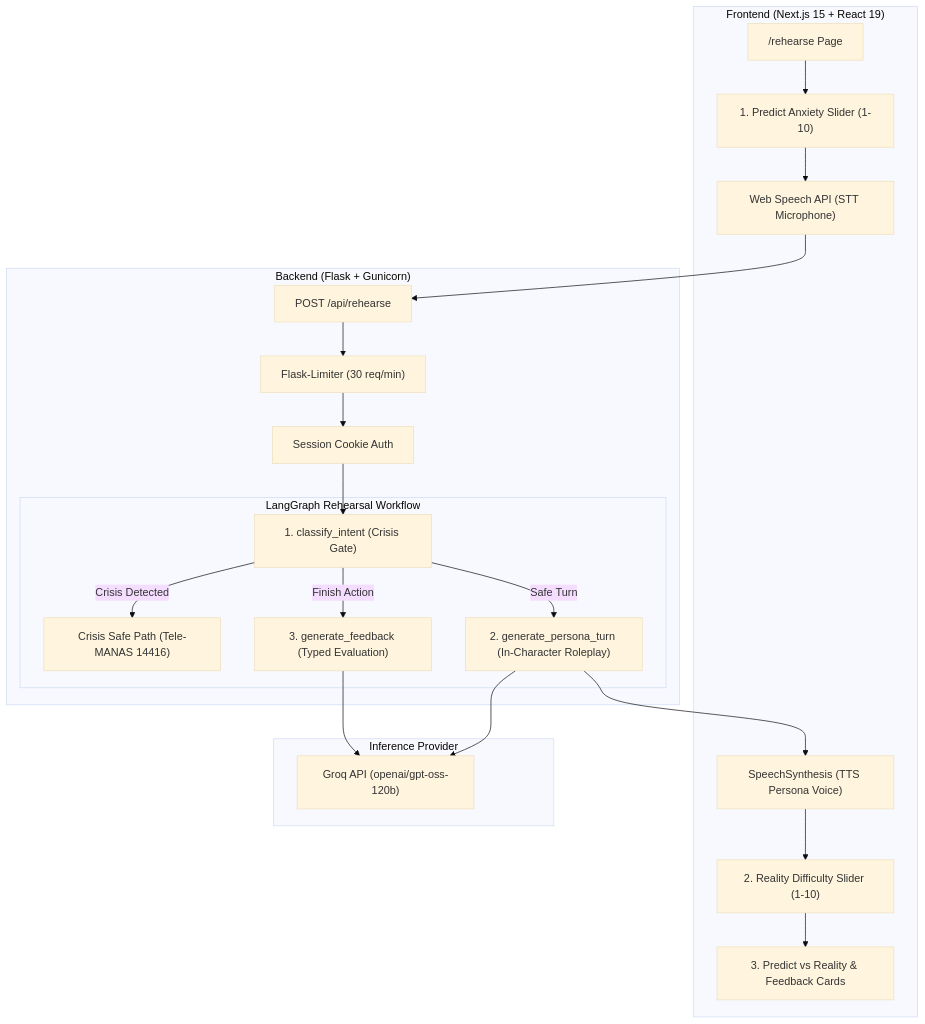
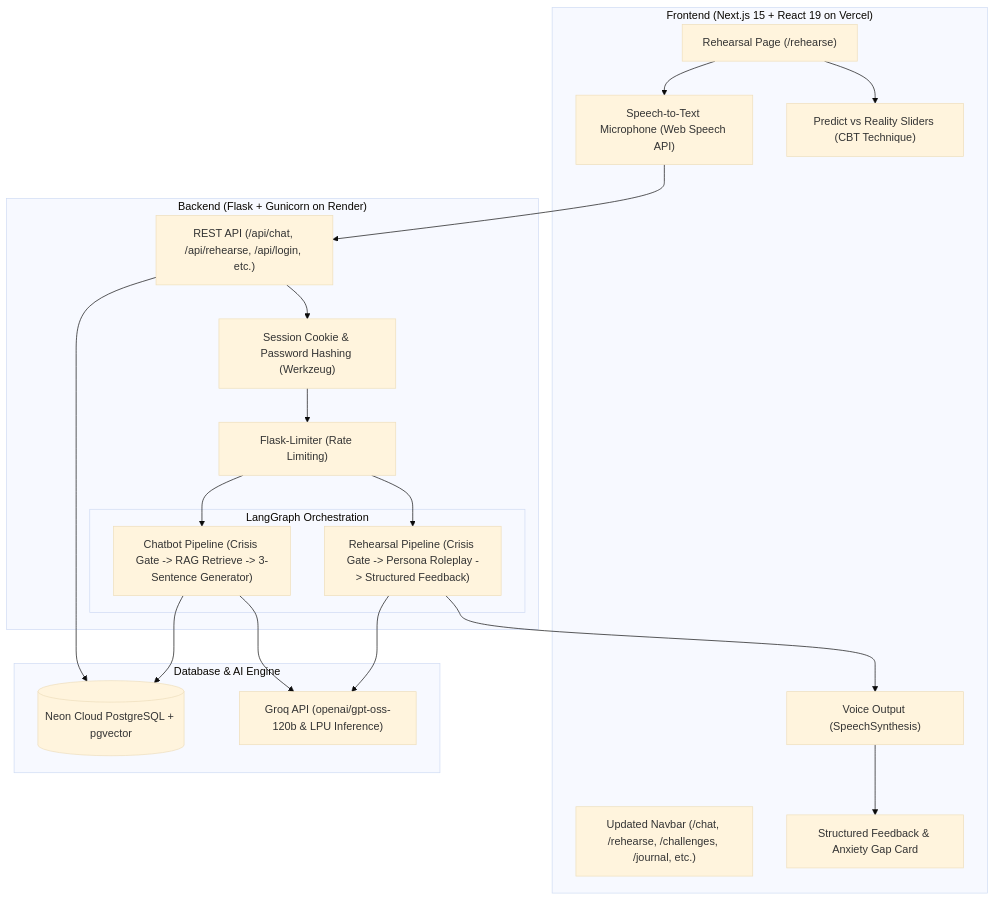
One commit to heena-jindal/VibeVerse changed the diagram in CHANGES_DOCUMENTATION.md. Above: the diagram before and after it, drawn with Mermaid (base theme). The commit also changed other lines of this file, not shown here.

````diff
--- a/CHANGES_DOCUMENTATION.md
+++ b/CHANGES_DOCUMENTATION.md
@@ -25,41 +29,40 @@
 ```mermaid
 flowchart TD
-    subgraph Client ["Frontend (Next.js 15 + React 19)"]
-        UI["/rehearse Page"]
-        Mic["Web Speech API (STT Microphone)"]
-        Speaker["SpeechSynthesis (TTS Persona Voice)"]
-        PredictSlider["1. Predict Anxiety Slider (1-10)"]
-        RealitySlider["2. Reality Difficulty Slider (1-10)"]
-        Card["3. Predict vs Reality & Feedback Cards"]
+    subgraph Frontend ["Frontend (Next.js 15 + React 19 on Vercel)"]
+        Nav["Updated Navbar (/chat, /rehearse, /challenges, /journal, etc.)"]
+        RehearseUI["Rehearsal Page (/rehearse)"]
+        STT["Speech-to-Text Microphone (Web Speech API)"]
+        TTS["Voice Output (SpeechSynthesis)"]
+        Sliders["Predict vs Reality Sliders (CBT Technique)"]
+        FeedbackCard["Structured Feedback & Anxiety Gap Card"]
     end
 
-    subgraph Backend ["Backend (Flask + Gunicorn)"]
-        API["POST /api/rehearse"]
-        Limiter["Flask-Limiter (30 req/min)"]
-        Auth["Session Cookie Auth"]
+    subgraph Backend ["Backend (Flask + Gunicorn on Render)"]
+        API["REST API (/api/chat, /api/rehearse, /api/login, etc.)"]
+        Limiter["Flask-Limiter (Rate Limiting)"]
+        Auth["Session Cookie & Password Hashing (Werkzeug)"]
 
-        subgraph LangGraph ["LangGraph Rehearsal Workflow"]
-            Crisis["1. classify_intent (Crisis Gate)"]
-            SafePath["Crisis Safe Path (Tele-MANAS 14416)"]
-            Persona["2. generate_persona_turn (In-Character Roleplay)"]
-            Feedback["3. generate_feedback (Typed Evaluation)"]
+        subgraph LangGraphWorkflows ["LangGraph Orchestration"]
+            ChatGraph["Chatbot Pipeline (Crisis Gate -> RAG Retrieve -> 3-Sentence Generator)"]
+            RehearseGraph["Rehearsal Pipeline (Crisis Gate -> Persona Roleplay -> Structured Feedback)"]
         end
     end
 
-    subgraph LLM ["Inference Provider"]
-        Groq["Groq API (openai/gpt-oss-120b)"]
+    subgraph DataAndAI ["Database & AI Engine"]
+        Postgres[("Neon Cloud PostgreSQL + pgvector")]
+        Groq["Groq API (openai/gpt-oss-120b & LPU Inference)"]
     end
 
-    UI --> PredictSlider
-    PredictSlider --> Mic
-    Mic --> API
-    API --> Limiter --> Auth --> Crisis
-    Crisis -->|Crisis Detected| SafePath
-    Crisis -->|Safe Turn| Persona
-    Crisis -->|Finish Action| Feedback
-    Persona --> Groq
-    Feedback --> Groq
-    Persona --> Speaker
-    Speaker --> RealitySlider
-    RealitySlider --> Card
+    RehearseUI --> Sliders
+    RehearseUI --> STT
+    STT --> API
+    API --> Auth --> Limiter
+    Limiter --> RehearseGraph
+    Limiter --> ChatGraph
+    RehearseGraph --> Groq
+    ChatGraph --> Groq
+    ChatGraph --> Postgres
+    API --> Postgres
+    RehearseGraph --> TTS
+    TTS --> FeedbackCard
 ```
````
